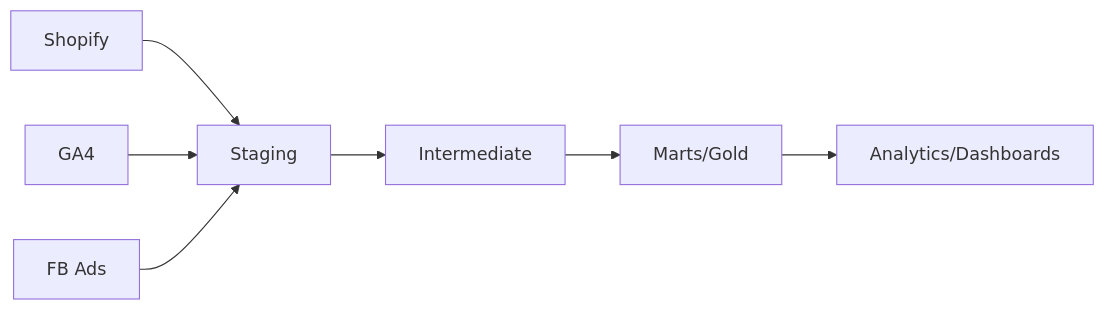
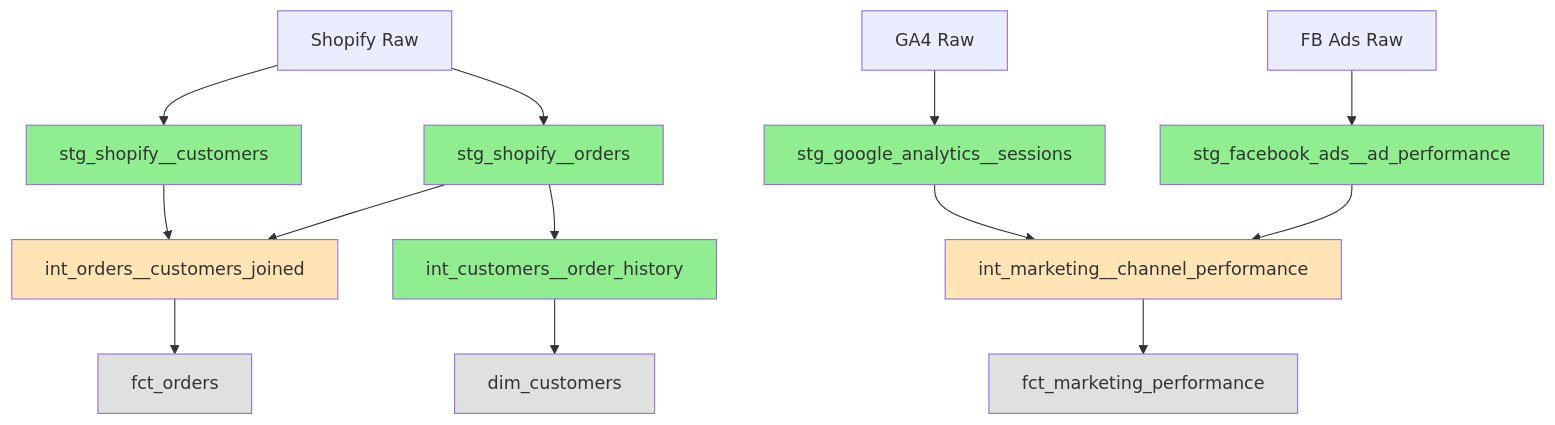
Before and after one commit to jkschola/ecommerce-analytics-platform: the diagram in README.md, drawn with Mermaid. The commit also changed other lines of this file, not shown here.

First line of the commit message:
docs(project): update README to reflect staging milestone and quality metrics

````diff
--- a/README.md
+++ b/README.md
@@ -29,9 +39,29 @@
 ```mermaid
-graph LR
-    A[Shopify] --> STG[Staging]
-    B[GA4] --> STG
-    C[FB Ads] --> STG
-    STG --> INT[Intermediate]
-    INT --> MARTS[Marts/Gold]
-    MARTS --> BI[Analytics/Dashboards]
+graph TD
+    A[Shopify Raw] --> B[stg_shopify__customers]
+    A --> C[stg_shopify__orders]
+    D[GA4 Raw] --> E[stg_google_analytics__sessions]
+    F[FB Ads Raw] --> G[stg_facebook_ads__ad_performance]
+    
+    C --> H[int_customers__order_history]
+    B --> I[int_orders__customers_joined]
+    C --> I
+    
+    E --> J[int_marketing__channel_performance]
+    G --> J
+    
+    H --> K[dim_customers]
+    I --> L[fct_orders]
+    J --> M[fct_marketing_performance]
+    
+    style B fill:#90EE90
+    style C fill:#90EE90
+    style E fill:#90EE90
+    style G fill:#90EE90
+    style H fill:#90EE90
+    style I fill:#FFE4B5
+    style J fill:#FFE4B5
+    style K fill:#E0E0E0
+    style L fill:#E0E0E0
+    style M fill:#E0E0E0
 ```
````
